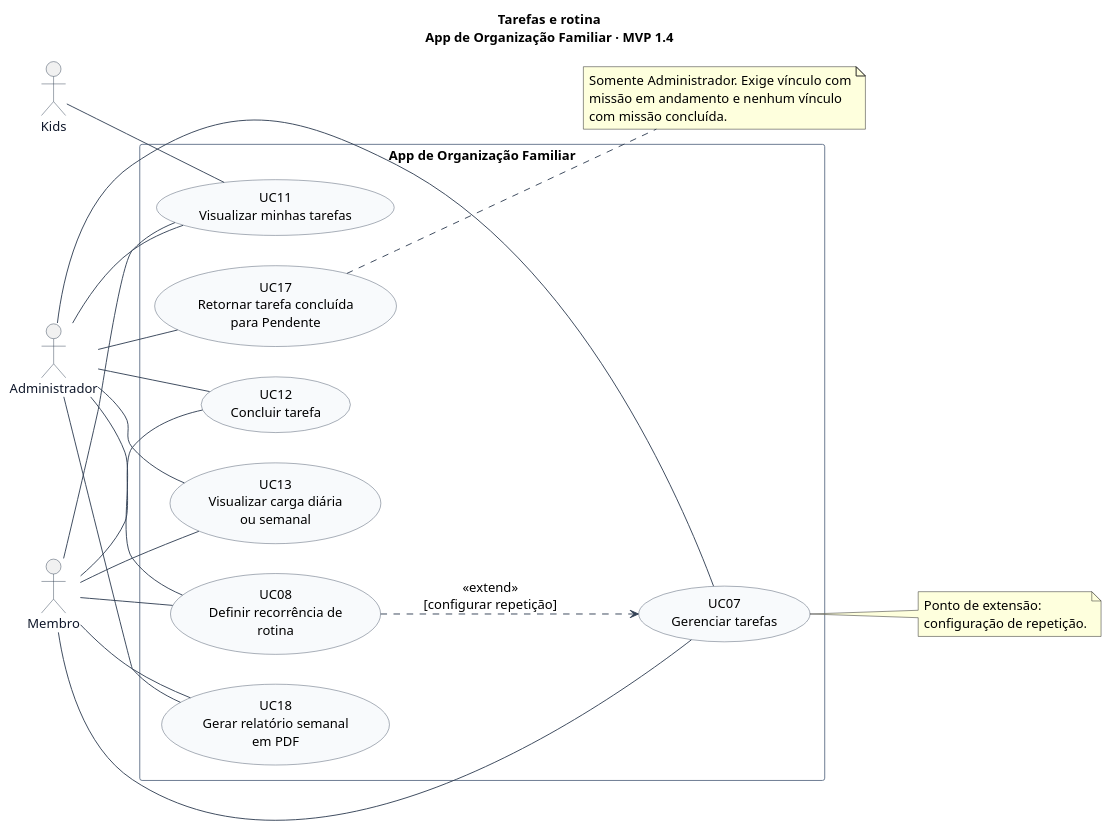
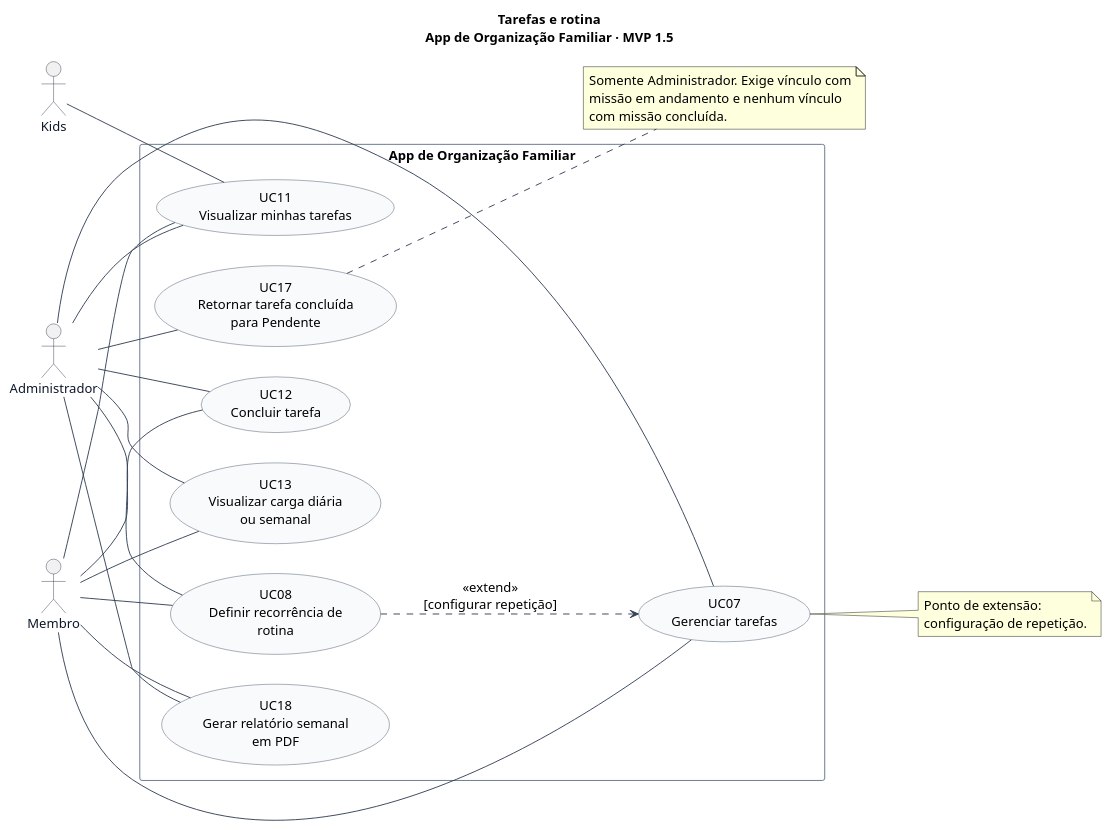
One commit to lizandramalta/App-Rotina-Familiar changed the diagram in docs/diagramas/casos-de-uso/03-tarefas-rotina.puml. Above: the diagram before and after it, drawn with PlantUML. The commit also changed 25 other files, not shown here.

```diff
--- a/docs/diagramas/casos-de-uso/03-tarefas-rotina.puml
+++ b/docs/diagramas/casos-de-uso/03-tarefas-rotina.puml
@@ -1,58 +1,58 @@
 @startuml
 ' Fonte editável. Renderização: java -jar plantuml.jar -charset UTF-8 -tsvg *.puml
 left to right direction
 skinparam shadowing false
 skinparam backgroundColor white
 skinparam defaultFontName SansSerif
 skinparam defaultFontSize 14
 skinparam ArrowColor #334155
 skinparam actorBorderColor #334155
 skinparam actorFontColor #0F172A
 skinparam usecaseBackgroundColor #F8FAFC
 skinparam usecaseBorderColor #475569
 skinparam rectangleBorderColor #64748B
 skinparam packageStyle rectangle
 skinparam nodesep 32
 skinparam ranksep 55
-title Tarefas e rotina\nApp de Organização Familiar · MVP 1.4
+title Tarefas e rotina\nApp de Organização Familiar · MVP 1.5
 
 actor "Administrador" as Admin
 actor "Membro" as Membro
 actor "Kids" as Kids
 
 rectangle "App de Organização Familiar" {
   usecase "UC07\nGerenciar tarefas" as UC07
   usecase "UC08\nDefinir recorrência de\nrotina" as UC08
   usecase "UC11\nVisualizar minhas tarefas" as UC11
   usecase "UC12\nConcluir tarefa" as UC12
   usecase "UC13\nVisualizar carga diária\nou semanal" as UC13
   usecase "UC18\nGerar relatório semanal\nem PDF" as UC18
   usecase "UC17\nRetornar tarefa concluída\npara Pendente" as UC17
 }
 
 Admin -- UC07
 Admin -- UC08
 Admin -- UC11
 Admin -- UC12
 Admin -- UC13
 Admin -- UC18
 Admin -- UC17
 Membro -- UC07
 Membro -- UC08
 Membro -- UC11
 Membro -- UC12
 Membro -- UC13
 Membro -- UC18
 Kids -- UC11
 UC08 ..> UC07 : <<extend>>\n[configurar repetição]
 note right of UC07
   Ponto de extensão:
   configuração de repetição.
 end note
 note right of UC17
   Somente Administrador. Exige vínculo com
   missão em andamento e nenhum vínculo
   com missão concluída.
 end note
 
 @enduml
```
